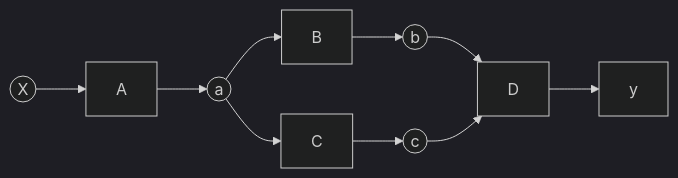
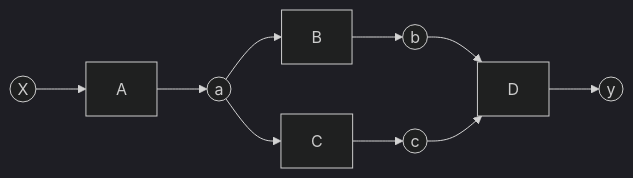
The second of 13 diagrams in docs/book-basic/src/Aut_dif_realnumber/bibun_riron_hukuzatu.md (chitono/StuCrs), drawn with Mermaid (dark theme) before and after one commit. The commit also changed other lines of this file, not shown here.

````diff
--- a/docs/book-basic/src/Aut_dif_realnumber/bibun_riron_hukuzatu.md
+++ b/docs/book-basic/src/Aut_dif_realnumber/bibun_riron_hukuzatu.md
@@ -17,12 +17,12 @@
 ```mermaid
 graph LR
  X((X)) --> A[A]
  A --> a((a))
  a --> B[B]
  B --> b((b))
  a --> C[C]
  C --> c((c))
  b --> D[D]
  c --> D
- D --> y[y]
+ D --> y((y))
 ```
````
